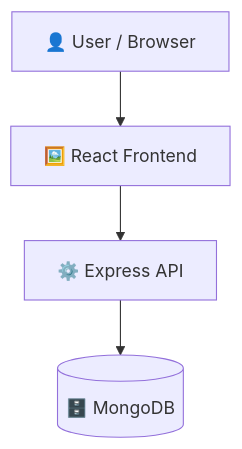
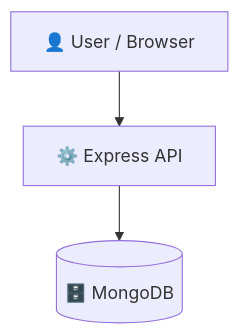
One commit to Alone-Prodipta/ER changed the diagram in README.md. Above: the diagram before and after it, drawn with Mermaid. The commit also changed other lines of this file, not shown here.

````diff
--- a/README.md
+++ b/README.md
@@ -32,10 +53,8 @@
 ```mermaid
 flowchart TD
     User["👤 User / Browser"]
-    FE["🖼️ React Frontend"]
-    User --> FE
     API["⚙️ Express API"]
-    FE --> API
+    User --> API
     DB[("🗄️ MongoDB")]
     API --> DB
 ```
````
